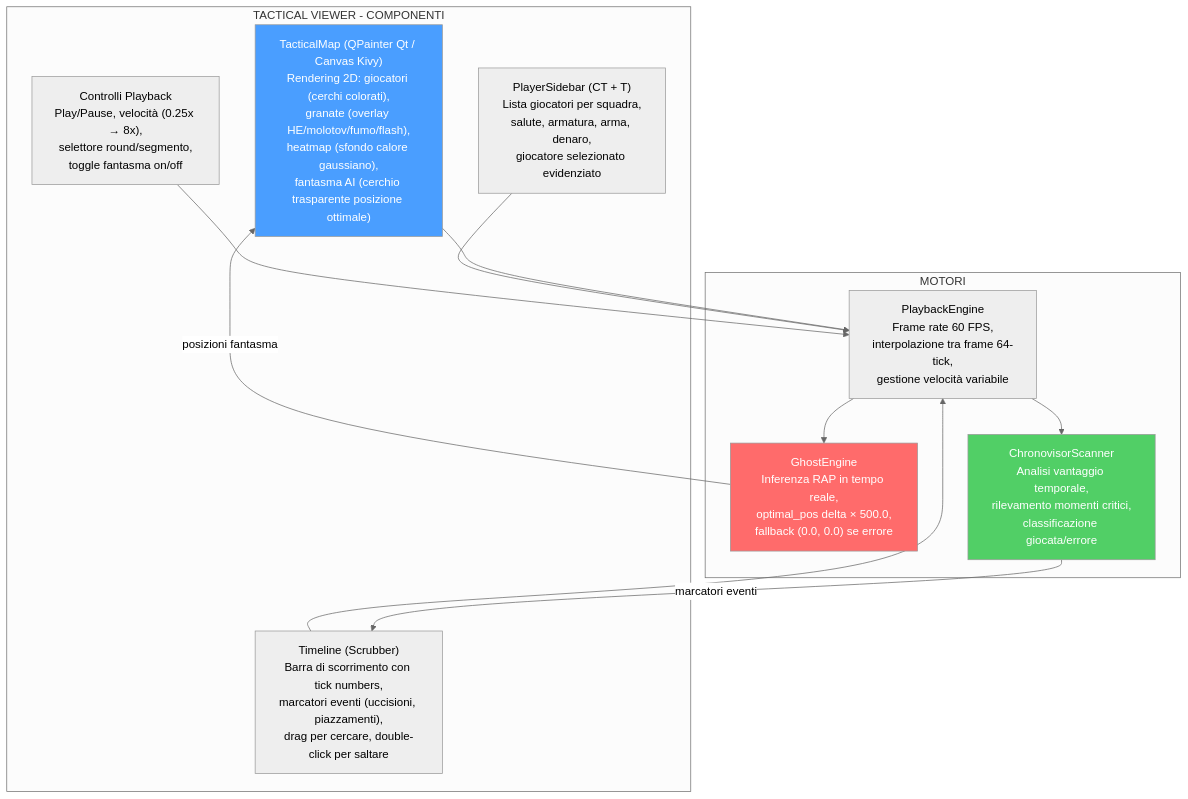
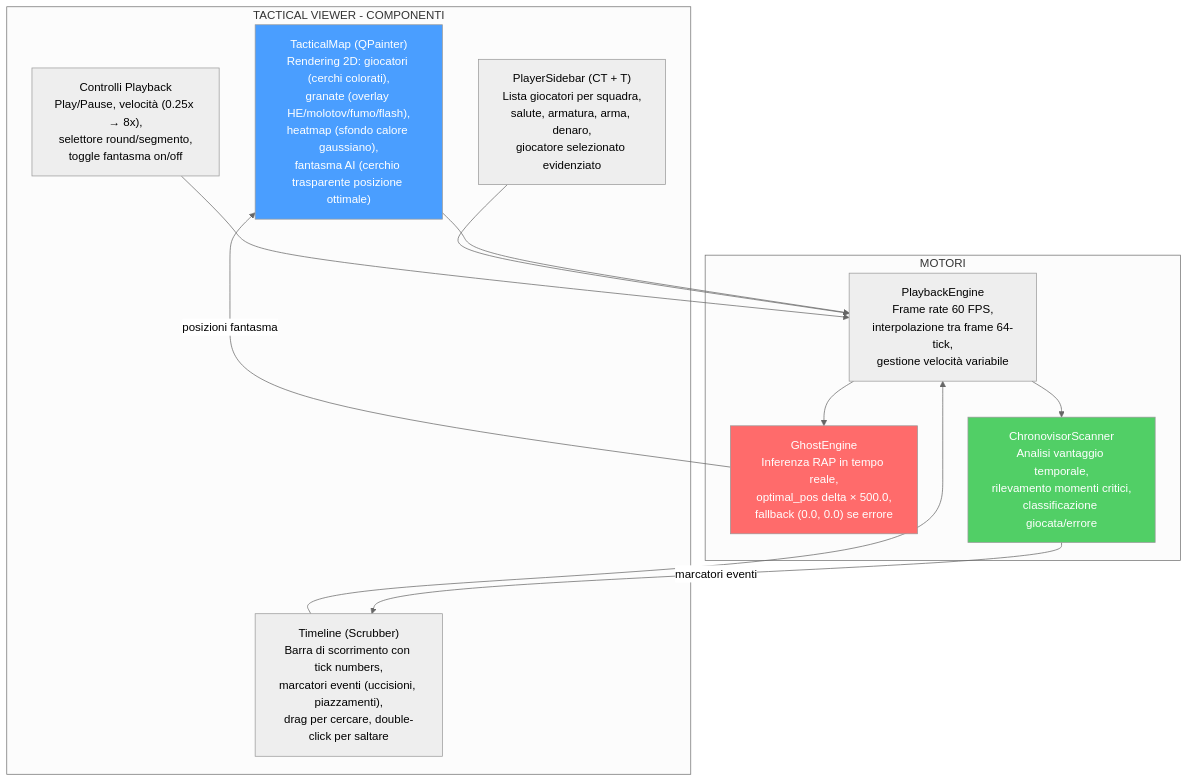
One commit to renanaugustomacena-ux/Counter-Strike-coach-AI changed diagram 23 of 53 in docs/books/Book-Coach-3.md. Above: the diagram before and after it, drawn with Mermaid (neutral theme). The commit also changed other lines of this file and 2 other files, not shown here.

First line of the commit message:
docs: update Book-Coach-3 trilogy — remove Kivy, fix screen/test counts

````diff
--- a/docs/books/Book-Coach-3.md
+++ b/docs/books/Book-Coach-3.md
@@ -1478,26 +1405,26 @@
 ```mermaid
 flowchart TB
     subgraph VIEWER["TACTICAL VIEWER - COMPONENTI"]
-        MAP["TacticalMap (QPainter Qt / Canvas Kivy)<br/>Rendering 2D: giocatori (cerchi colorati),<br/>granate (overlay HE/molotov/fumo/flash),<br/>heatmap (sfondo calore gaussiano),<br/>fantasma AI (cerchio trasparente posizione ottimale)"]
+        MAP["TacticalMap (QPainter)<br/>Rendering 2D: giocatori (cerchi colorati),<br/>granate (overlay HE/molotov/fumo/flash),<br/>heatmap (sfondo calore gaussiano),<br/>fantasma AI (cerchio trasparente posizione ottimale)"]
         TIMELINE["Timeline (Scrubber)<br/>Barra di scorrimento con tick numbers,<br/>marcatori eventi (uccisioni, piazzamenti),<br/>drag per cercare, double-click per saltare"]
         SIDEBAR["PlayerSidebar (CT + T)<br/>Lista giocatori per squadra,<br/>salute, armatura, arma, denaro,<br/>giocatore selezionato evidenziato"]
         CONTROLS["Controlli Playback<br/>Play/Pause, velocità (0.25x → 8x),<br/>selettore round/segmento,<br/>toggle fantasma on/off"]
     end
     subgraph ENGINE["MOTORI"]
         PBE["PlaybackEngine<br/>Frame rate 60 FPS,<br/>interpolazione tra frame 64-tick,<br/>gestione velocità variabile"]
         GE["GhostEngine<br/>Inferenza RAP in tempo reale,<br/>optimal_pos delta × 500.0,<br/>fallback (0.0, 0.0) se errore"]
         CS["ChronovisorScanner<br/>Analisi vantaggio temporale,<br/>rilevamento momenti critici,<br/>classificazione giocata/errore"]
     end
     MAP --> PBE
     TIMELINE --> PBE
     SIDEBAR --> PBE
     CONTROLS --> PBE
     PBE --> GE
     PBE --> CS
     GE -->|"posizioni fantasma"| MAP
     CS -->|"marcatori eventi"| TIMELINE
 
     style MAP fill:#4a9eff,color:#fff
     style GE fill:#ff6b6b,color:#fff
     style CS fill:#51cf66,color:#fff
 ```
````
